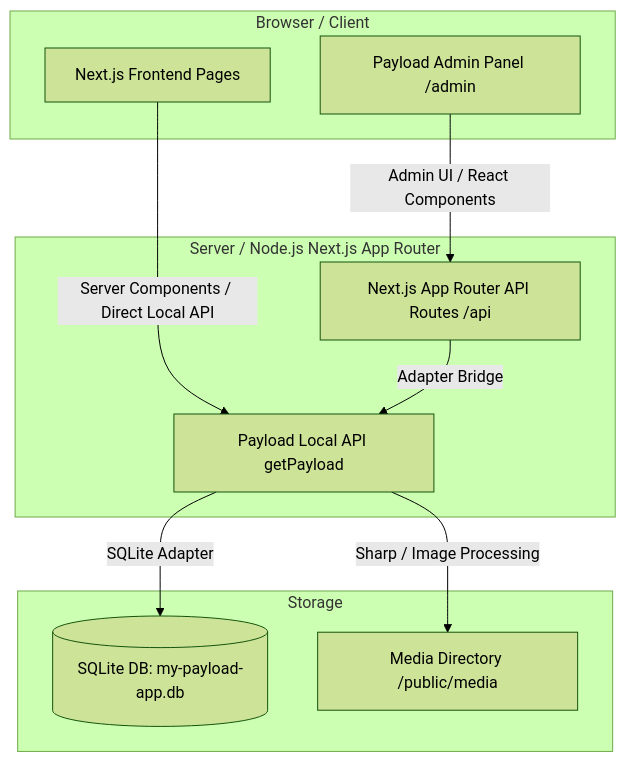
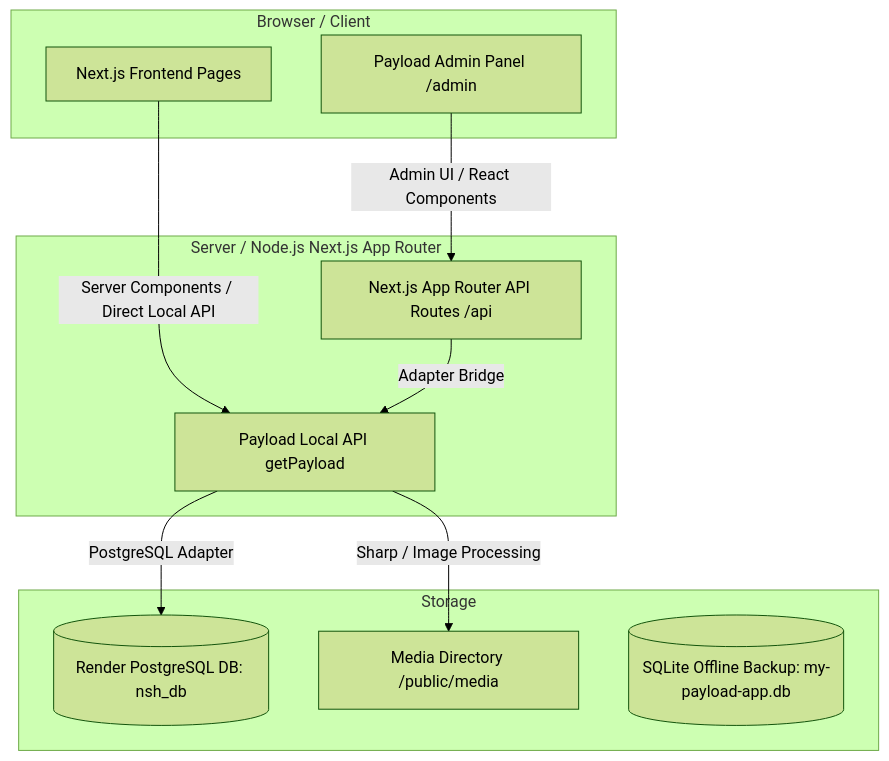
Before and after one commit to hmukragqu7/nsh-test: the diagram in README.md, drawn with Mermaid (forest theme). The commit also changed other lines of this file, not shown here.

Commit message:
docs: update README to reflect Render PostgreSQL as primary database and SQLite as offline fallback

````diff
--- a/README.md
+++ b/README.md
@@ -68,23 +68,24 @@
 ```mermaid
 flowchart TD
     subgraph Browser / Client
         A[Next.js Frontend Pages]
         B[Payload Admin Panel /admin]
     end
 
     subgraph Server / Node.js Next.js App Router
         C[Next.js App Router API Routes /api]
         D[Payload Local API getPayload]
     end
 
     subgraph Storage
-        E[(SQLite DB: my-payload-app.db)]
+        E[(Render PostgreSQL DB: nsh_db)]
         F[Media Directory /public/media]
+        G[(SQLite Offline Backup: my-payload-app.db)]
     end
 
     A -->|Server Components / Direct Local API| D
     B -->|Admin UI / React Components| C
     C -->|Adapter Bridge| D
-    D -->|SQLite Adapter| E
+    D -->|PostgreSQL Adapter| E
     D -->|Sharp / Image Processing| F
 ```
````
